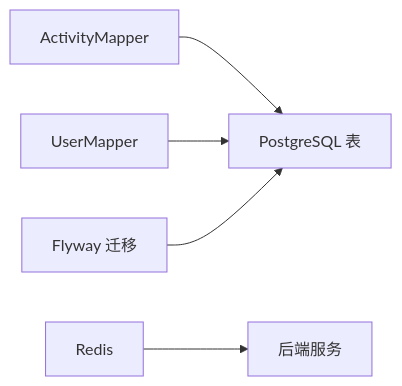
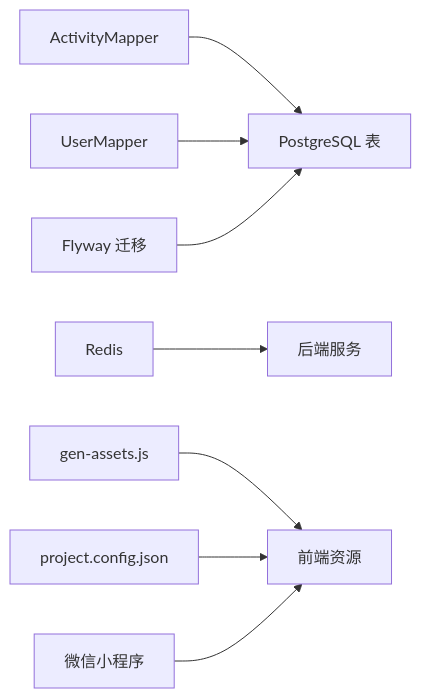
Before and after one commit to cwxiao/zugeju: the third of 3 diagrams in .qoder/repowiki/zh/content/数据库设计/性能优化.md, drawn with Mermaid. The commit also changed other lines of this file and 47 other files, not shown here.

````diff
--- a/.qoder/repowiki/zh/content/数据库设计/性能优化.md
+++ b/.qoder/repowiki/zh/content/数据库设计/性能优化.md
@@ -228,7 +347,10 @@
 ```mermaid
 graph LR
 A["ActivityMapper"] --> B["PostgreSQL 表"]
 C["UserMapper"] --> B
 D["Redis"] --> E["后端服务"]
 F["Flyway 迁移"] --> B
+G["gen-assets.js"] --> H["前端资源"]
+I["project.config.json"] --> H
+J["微信小程序"] --> H
 ```
````
